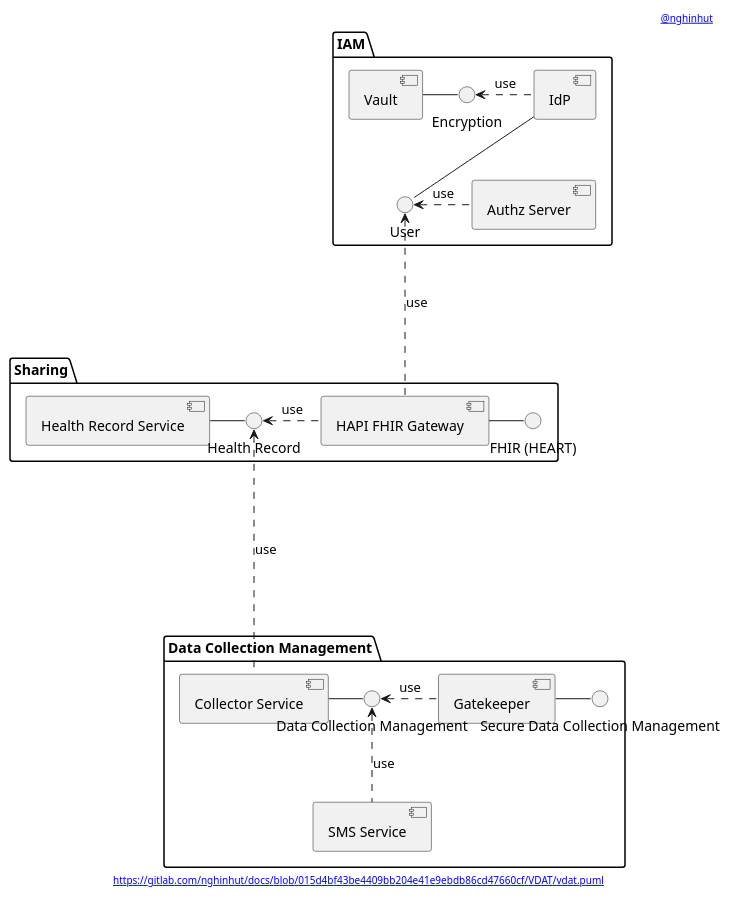
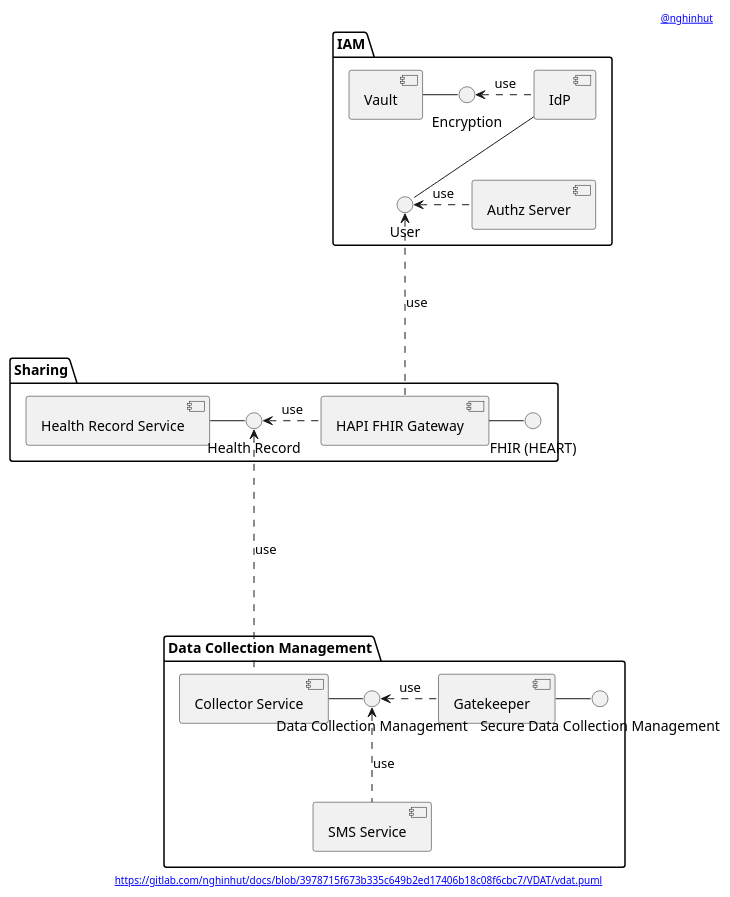
One commit to nghinhut/docs changed the diagram in VDAT/vdat.component.puml. Above: the diagram before and after it, drawn with PlantUML. The commit also changed 22 other files, not shown here.

Commit message:
Update diagrams

```diff
--- a/VDAT/vdat.component.puml
+++ b/VDAT/vdat.component.puml
@@ -1,60 +1,60 @@
 @startuml
 '-----START auto generated metadata please keep comment here to allow auto update-----
 '-----DON'T EDIT THIS SECTION, INSTEAD RE-RUN prebuild.sh TO UPDATE-----
-header [[https://www.nghinhut.dev?from=http%5C%3A%5C%2F%5C%2Fwww%5C.plantuml%5C.com%5C%2Fplantuml%5C%2Fproxy%3Ffmt%3Dsvg%5C%26src%3Dhttps%5C%3A%5C%2F%5C%2Fgitlab%5C.com%5C%2Fnghinhut%5C%2Fdocs%5C%2Fraw%5C%2F015d4bf43be4409bb204e41e9ebdb86cd47660cf%5C%2FVDAT%5C%2Fvdat%5C.puml%0A @nghinhut]]
-footer [[http://www.plantuml.com/plantuml/proxy?fmt=svg&src=https://gitlab.com/nghinhut/docs/raw/015d4bf43be4409bb204e41e9ebdb86cd47660cf/VDAT/vdat.puml https://gitlab.com/nghinhut/docs/blob/015d4bf43be4409bb204e41e9ebdb86cd47660cf/VDAT/vdat.puml]]
+header [[https://www.nghinhut.dev?from=http%5C%3A%5C%2F%5C%2Fwww%5C.plantuml%5C.com%5C%2Fplantuml%5C%2Fproxy%3Ffmt%3Dsvg%5C%26src%3Dhttps%5C%3A%5C%2F%5C%2Fgitlab%5C.com%5C%2Fnghinhut%5C%2Fdocs%5C%2Fraw%5C%2F3978715f673b335c649b2ed17406b18c08f6cbc7%5C%2FVDAT%5C%2Fvdat%5C.puml%0A @nghinhut]]
+footer [[http://www.plantuml.com/plantuml/proxy?fmt=svg&src=https://gitlab.com/nghinhut/docs/raw/3978715f673b335c649b2ed17406b18c08f6cbc7/VDAT/vdat.puml https://gitlab.com/nghinhut/docs/blob/3978715f673b335c649b2ed17406b18c08f6cbc7/VDAT/vdat.puml]]
 '-----END auto generated metadata please keep comment here to allow auto update-----
 
 package "IAM" {
     component "Authz Server" as as
     component Vault as vault
     component IdP as idp
 
 '    interface "OAuth2 Authentication" as IOAuth2Authentication
 '    interface "UMA2 Authorization" as IUMA2Authorization
 '    as -- IOAuth2Authentication
 '    as -- IUMA2Authorization
     interface "Encryption" as IEncrypt
     interface "User" as IUser
 }
 
 package "Sharing" {
     component "Health Record Service" as record
     interface "Health Record" as IHealthRecord
     component "HAPI FHIR Gateway" as fhir
     interface "FHIR (HEART)" as IFHIR
 }
 
 package "Data Collection Management" {
     component "Collector Service" as collector
     component "SMS Service" as sms
     component "Gatekeeper" as collector_gatekeeper
     interface "Data Collection Management" as IDataCollectionManagement
     interface "Secure Data Collection Management" as ISecureDataCollectionManagement
 }
 
 
 
 
 
 
 vault - IEncrypt
 IEncrypt <. idp : use
 idp -- IUser
 IUser <. as : use
 IUser <... fhir : use
 
 
 record - IHealthRecord
 IHealthRecord <. fhir : use
 fhir - IFHIR
 IHealthRecord <.... collector : use
 
 
 collector - IDataCollectionManagement
 IDataCollectionManagement <. collector_gatekeeper : use
 collector_gatekeeper - ISecureDataCollectionManagement
 
 IDataCollectionManagement <.. sms : use
 
 @enduml
```
